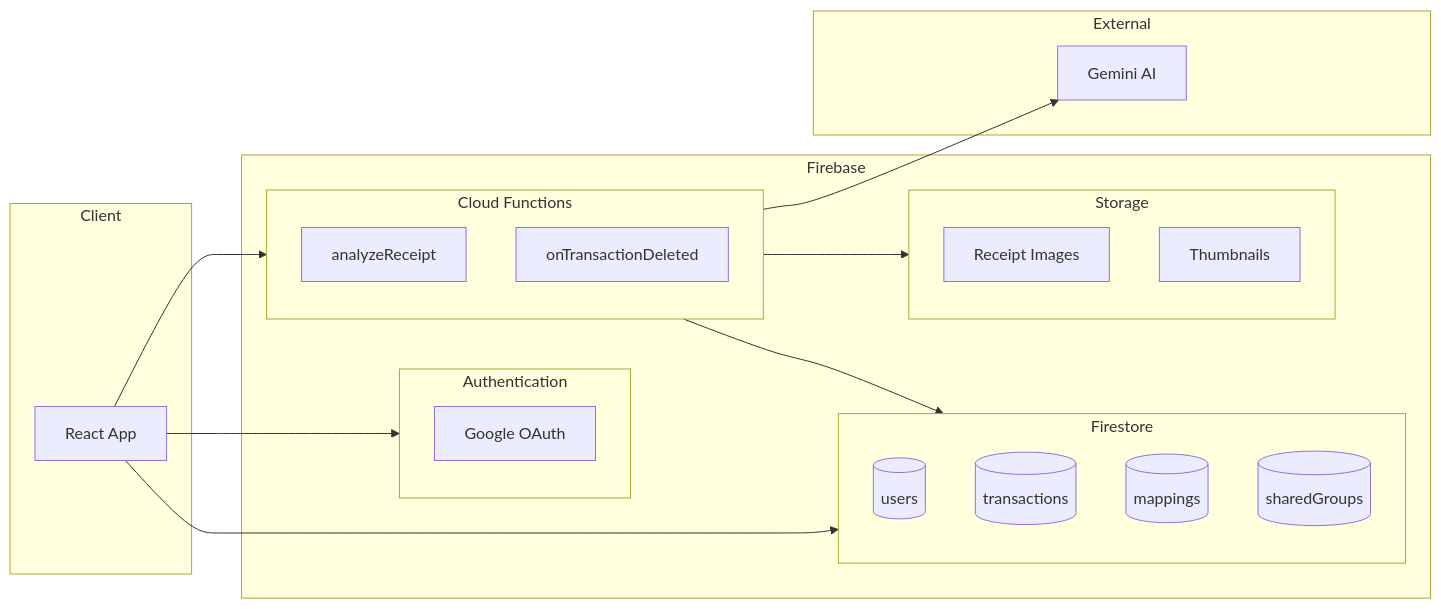
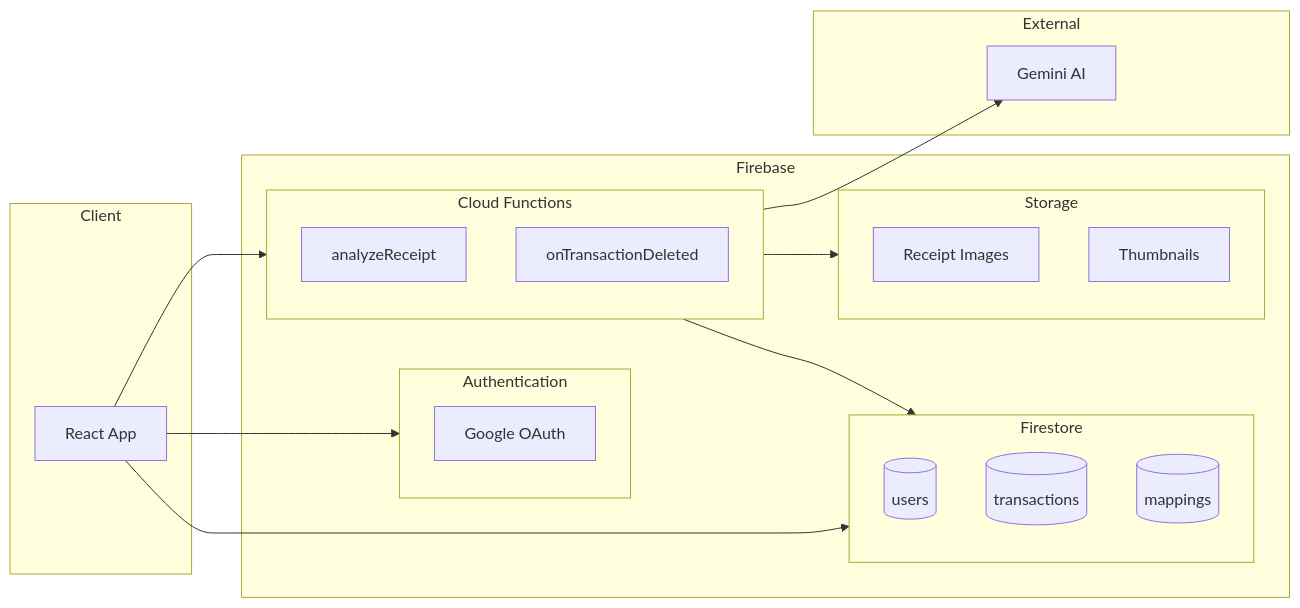
One commit to Brownbull/gmni_boletapp changed the third of 10 diagrams in docs/architecture/diagrams/tech-stack.md. Above: the diagram before and after it, drawn with Mermaid. The commit also changed other lines of this file and 224 other files, not shown here.

First line of the commit message:
Remove shared groups tests, docs, and remaining references (PR 3/3)

````diff
--- a/docs/architecture/diagrams/tech-stack.md
+++ b/docs/architecture/diagrams/tech-stack.md
@@ -123,40 +123,39 @@
 ```mermaid
 flowchart LR
     subgraph Client["Client"]
         App[React App]
     end
 
     subgraph Firebase["Firebase"]
         subgraph Auth["Authentication"]
             GA[Google OAuth]
         end
 
         subgraph Database["Firestore"]
             Users[(users)]
             Transactions[(transactions)]
             Mappings[(mappings)]
-            SharedGroups[(sharedGroups)]
         end
 
         subgraph Storage["Storage"]
             Images[Receipt Images]
             Thumbnails[Thumbnails]
         end
 
         subgraph Functions["Cloud Functions"]
             AR[analyzeReceipt]
             OTD[onTransactionDeleted]
         end
     end
 
     subgraph External["External"]
         Gemini[Gemini AI]
     end
 
     App --> Auth
     App --> Database
     App --> Functions
     Functions --> Storage
     Functions --> Gemini
     Functions --> Database
 ```
````
